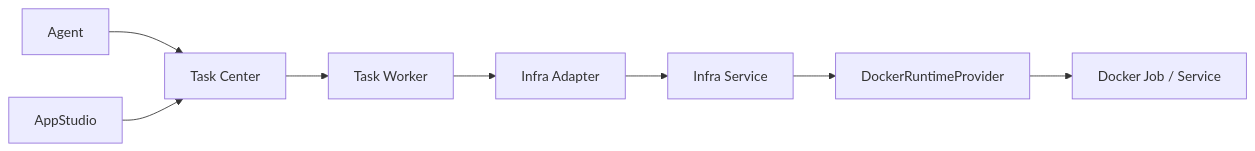
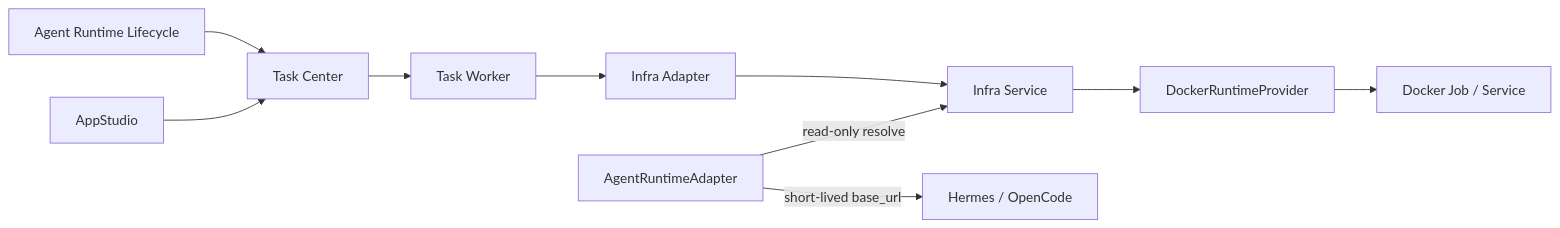
One commit to wangweihong/omnimam-spec changed the diagram in 02_architecture/domains/infrastructure.md. Above: the diagram before and after it, drawn with Mermaid. The commit also changed other lines of this file and 20 other files, not shown here.

Commit message:
spec: close Hermes endpoint and runtime output contracts

````diff
--- a/02_architecture/domains/infrastructure.md
+++ b/02_architecture/domains/infrastructure.md
@@ -7,10 +7,12 @@
 ```mermaid
 flowchart LR
-  Agent["Agent"] --> Task["Task Center"]
+  Agent["Agent Runtime Lifecycle"] --> Task["Task Center"]
   Studio["AppStudio"] --> Task
   Task --> Worker["Task Worker"]
   Worker --> Adapter["Infra Adapter"]
   Adapter --> Infra["Infra Service"]
   Infra --> Docker["DockerRuntimeProvider"]
   Docker --> Runtime["Docker Job / Service"]
+  AgentAdapter["AgentRuntimeAdapter"] -->|"read-only resolve"| Infra
+  AgentAdapter -->|"short-lived base_url"| Hermes["Hermes / OpenCode"]
 ```
````
